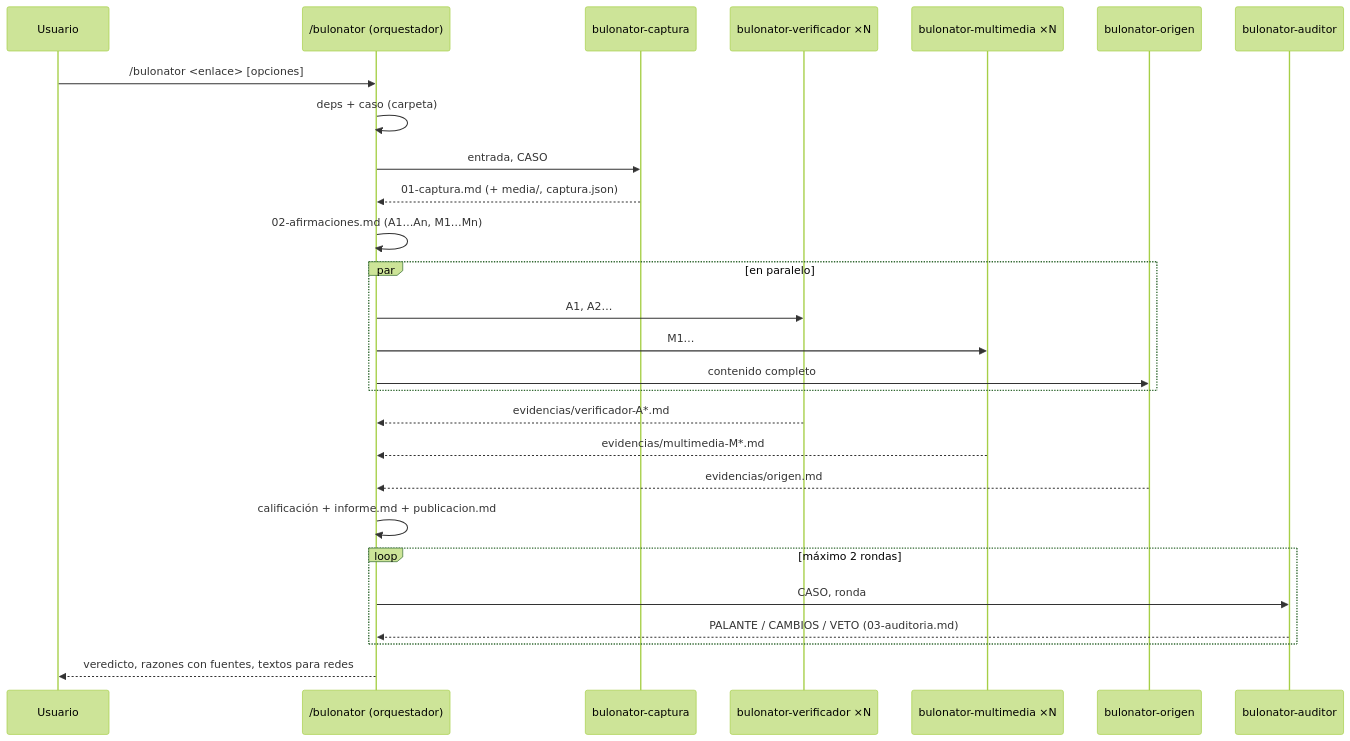
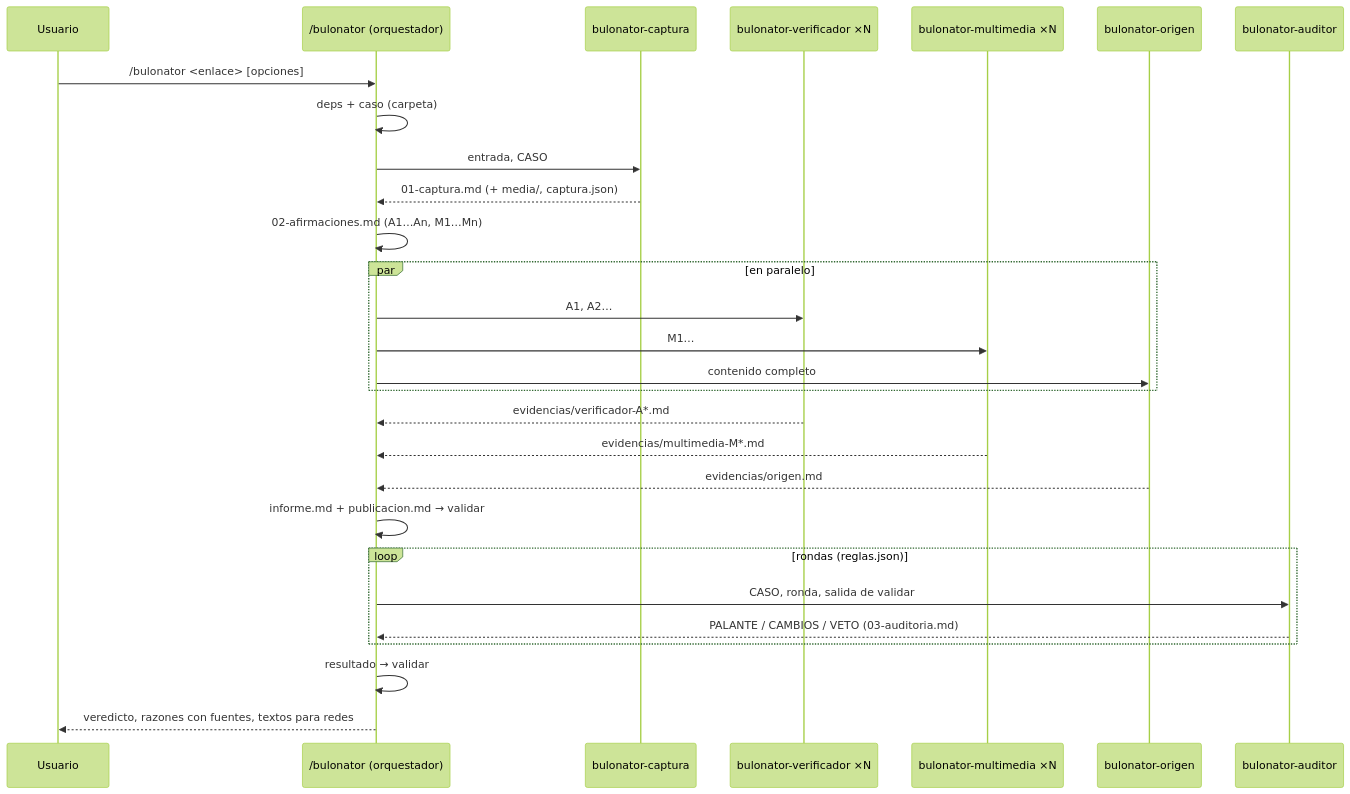
One commit to bbotella/bulonator changed the second of 2 diagrams in docs/arquitectura.md. Above: the diagram before and after it, drawn with Mermaid (forest theme). The commit also changed other lines of this file and 69 other files, not shown here.

````diff
--- a/docs/arquitectura.md
+++ b/docs/arquitectura.md
@@ -10,29 +45,30 @@
 ```mermaid
 sequenceDiagram
     participant U as Usuario
     participant O as /bulonator (orquestador)
     participant C as bulonator-captura
     participant V as bulonator-verificador ×N
     participant M as bulonator-multimedia ×N
     participant G as bulonator-origen
     participant A as bulonator-auditor
     U->>O: /bulonator <enlace> [opciones]
     O->>O: deps + caso (carpeta)
     O->>C: entrada, CASO
     C-->>O: 01-captura.md (+ media/, captura.json)
     O->>O: 02-afirmaciones.md (A1…An, M1…Mn)
     par en paralelo
         O->>V: A1, A2…
         O->>M: M1…
         O->>G: contenido completo
     end
     V-->>O: evidencias/verificador-A*.md
     M-->>O: evidencias/multimedia-M*.md
     G-->>O: evidencias/origen.md
-    O->>O: calificación + informe.md + publicacion.md
-    loop máximo 2 rondas
-        O->>A: CASO, ronda
+    O->>O: informe.md + publicacion.md → validar
+    loop rondas (reglas.json)
+        O->>A: CASO, ronda, salida de validar
         A-->>O: PALANTE / CAMBIOS / VETO (03-auditoria.md)
     end
+    O->>O: resultado → validar
     O-->>U: veredicto, razones con fuentes, textos para redes
 ```
````
